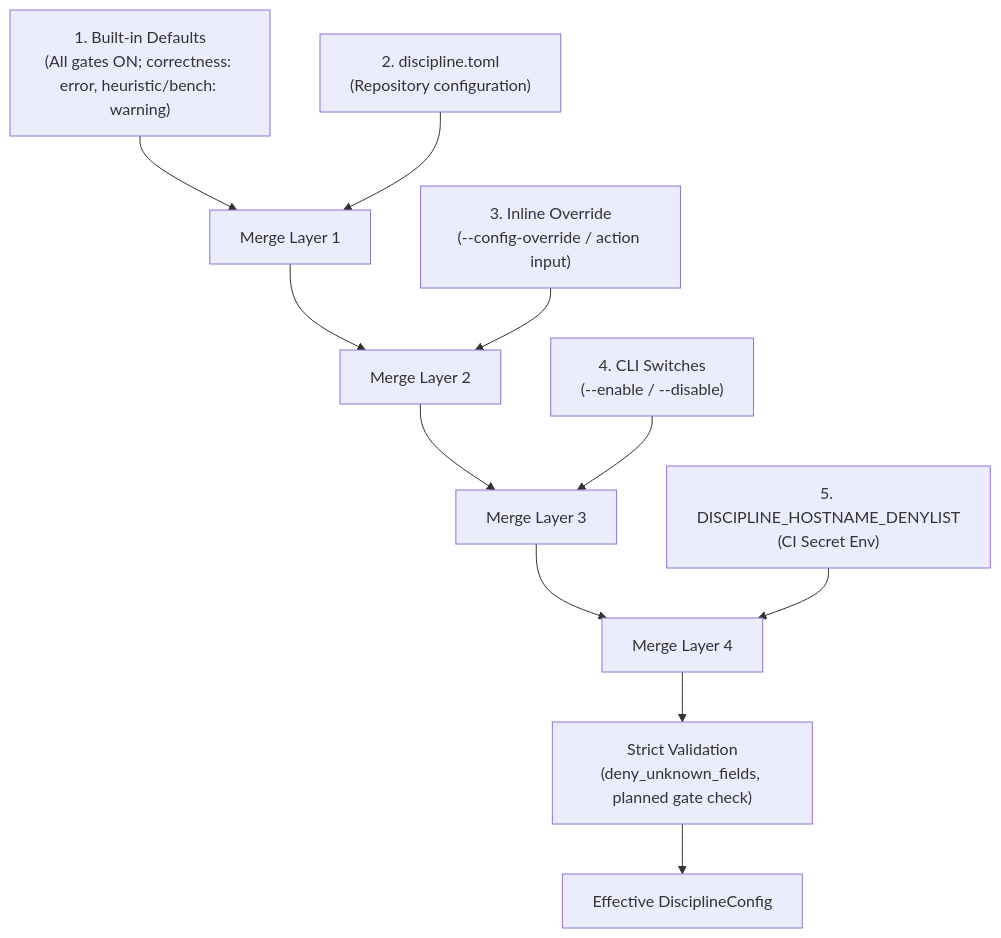
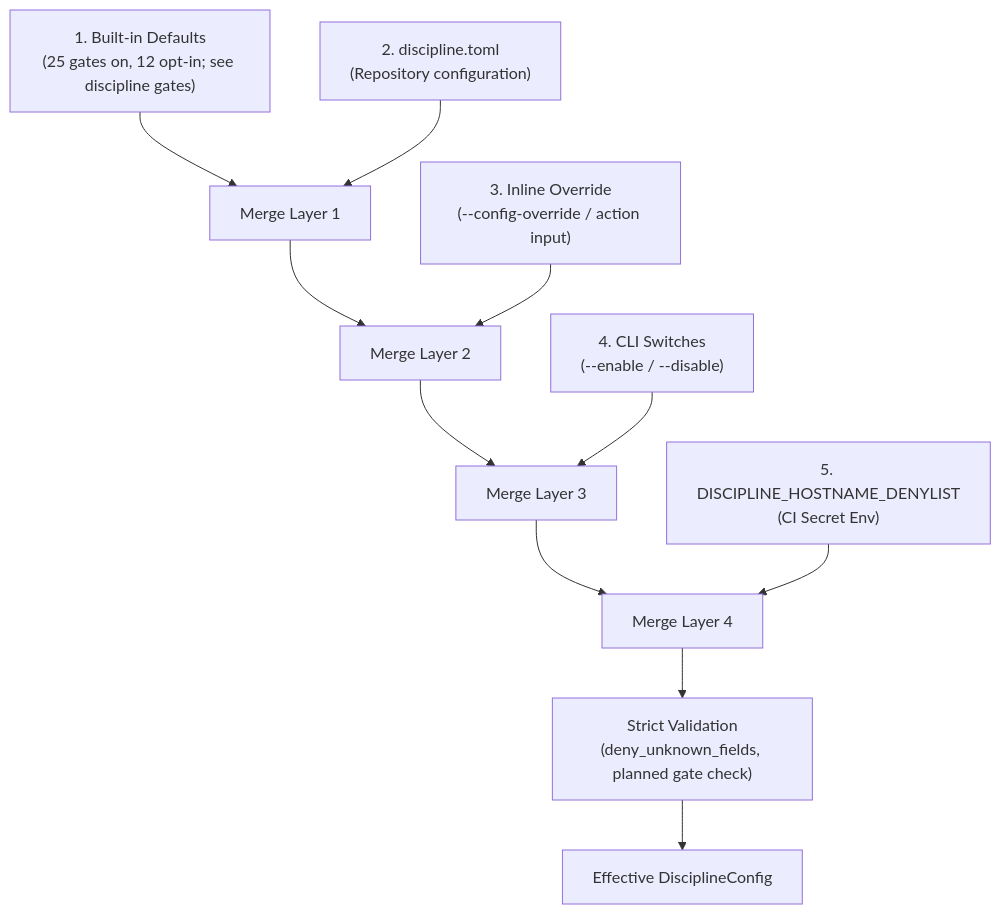
The second of 4 diagrams in docs/ARCHITECTURE.md (actions-marketplace-validations/orieg_discipline), drawn with Mermaid before and after one commit. The commit also changed other lines of this file and 18 other files, not shown here.

First line of the commit message:
docs: align gate, configuration and architecture docs with the code (#199)

````diff
--- a/docs/ARCHITECTURE.md
+++ b/docs/ARCHITECTURE.md
@@ -86,13 +86,13 @@
 ```mermaid
 flowchart TD
-    D["1. Built-in Defaults<br/>(All gates ON; correctness: error, heuristic/bench: warning)"] --> M1["Merge Layer 1"]
+    D["1. Built-in Defaults<br/>(25 gates on, 12 opt-in; see discipline gates)"] --> M1["Merge Layer 1"]
     F["2. discipline.toml<br/>(Repository configuration)"] --> M1
     M1 --> M2["Merge Layer 2"]
     O["3. Inline Override<br/>(--config-override / action input)"] --> M2
     M2 --> M3["Merge Layer 3"]
     CLI["4. CLI Switches<br/>(--enable / --disable)"] --> M3
     M3 --> M4["Merge Layer 4"]
     ENV["5. DISCIPLINE_HOSTNAME_DENYLIST<br/>(CI Secret Env)"] --> M4
     M4 --> VAL["Strict Validation<br/>(deny_unknown_fields, planned gate check)"]
     VAL --> CFG["Effective DisciplineConfig"]
 ```
````
